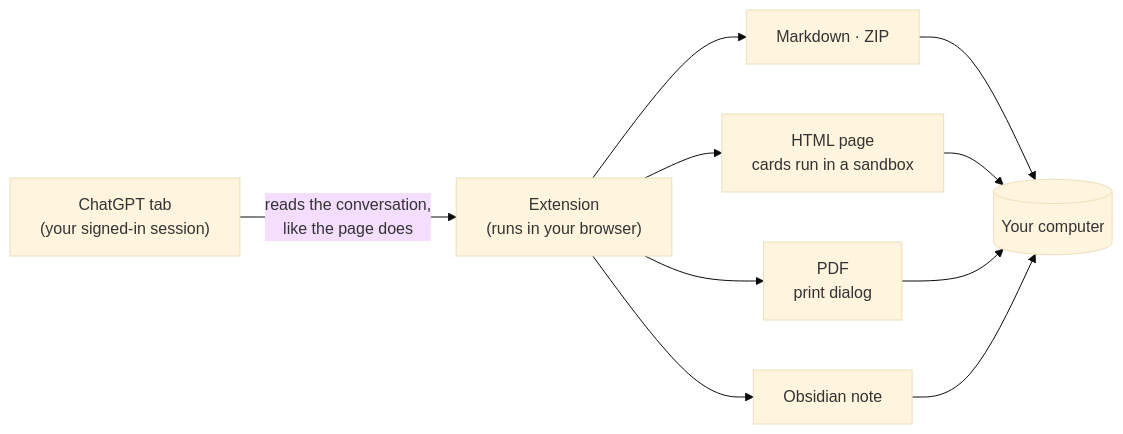
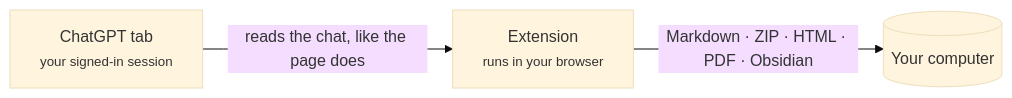
The diagram in README.md (letheli710/chat-intelligent-ui-exporter), drawn with Mermaid (base theme) before and after one commit. The commit also changed 15 other files, not shown here.

First line of the commit message:
0.11.41: the how-it-works diagram as one row, so GitHub shows it whole

````diff
--- a/README.md
+++ b/README.md
@@ -124,9 +124,5 @@
 ```mermaid
 flowchart LR
-    A["ChatGPT tab<br/>(your signed-in session)"] -->|reads the conversation,<br/>like the page does| B["Extension<br/>(runs in your browser)"]
-    B --> C["Markdown · ZIP"]
-    B --> D["HTML page<br/>cards run in a sandbox"]
-    B --> E["PDF<br/>print dialog"]
-    B --> F["Obsidian note"]
-    C & D & E & F --> G[("Your computer")]
+    A["ChatGPT tab<br/><small>your signed-in session</small>"] -->|reads the chat, like the page does| B["Extension<br/><small>runs in your browser</small>"]
+    B -->|"Markdown · ZIP · HTML · PDF · Obsidian"| C[("Your computer")]
 ```
````
